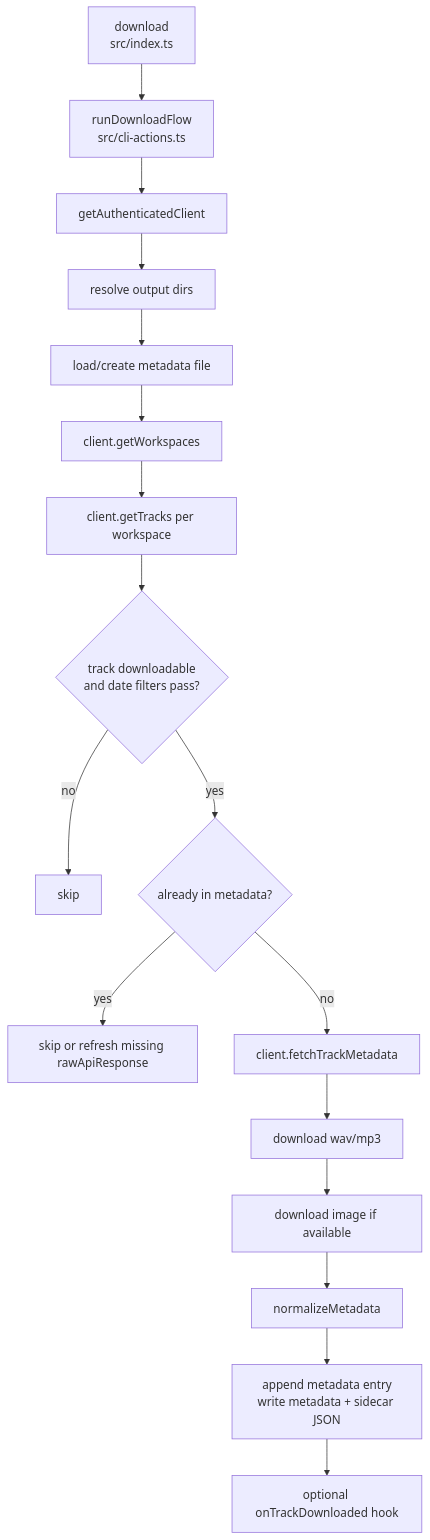
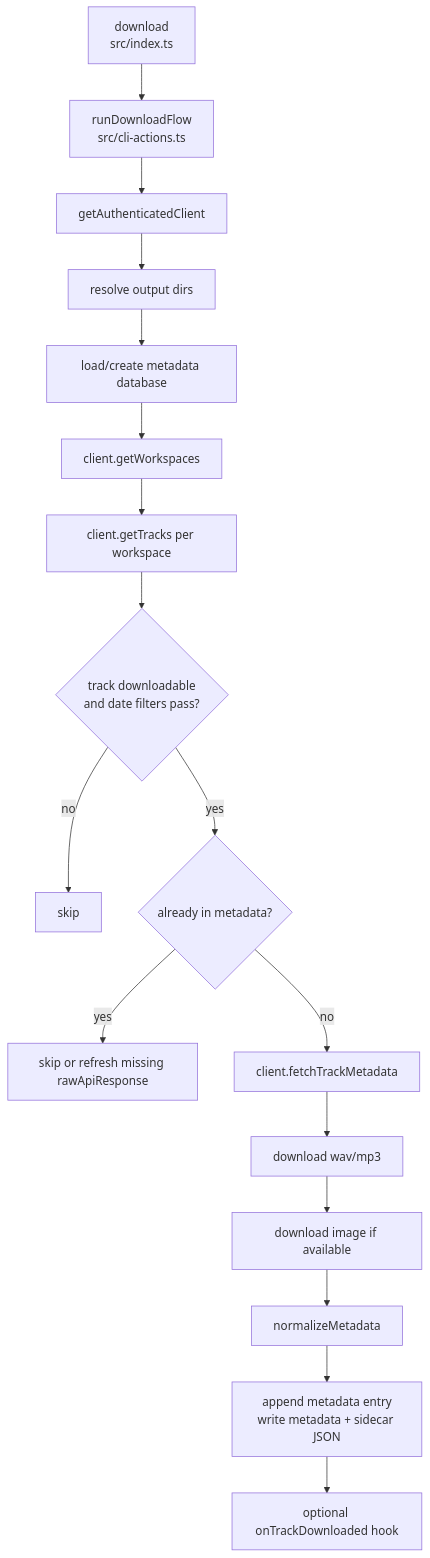
The fourth of 9 diagrams in docs/cli-program-flow.md (mikeygnyc/SunoLibrarian), drawn with Mermaid before and after one commit. The commit also changed other lines of this file and 13 other files, not shown here.

````diff
--- a/docs/cli-program-flow.md
+++ b/docs/cli-program-flow.md
@@ -134,19 +148,19 @@
 ```mermaid
 flowchart TD
   A["download<br/>src/index.ts"] --> B["runDownloadFlow<br/>src/cli-actions.ts"]
   B --> C["getAuthenticatedClient"]
   C --> D["resolve output dirs"]
-  D --> E["load/create metadata file"]
+  D --> E["load/create metadata database"]
   E --> F["client.getWorkspaces"]
   F --> G["client.getTracks per workspace"]
   G --> H{"track downloadable<br/>and date filters pass?"}
   H -- no --> I["skip"]
   H -- yes --> J{"already in metadata?"}
   J -- yes --> K["skip or refresh missing rawApiResponse"]
   J -- no --> L["client.fetchTrackMetadata"]
   L --> M["download wav/mp3"]
   M --> N["download image if available"]
   N --> O["normalizeMetadata"]
   O --> P["append metadata entry<br/>write metadata + sidecar JSON"]
   P --> Q["optional onTrackDownloaded hook"]
 ```
````
